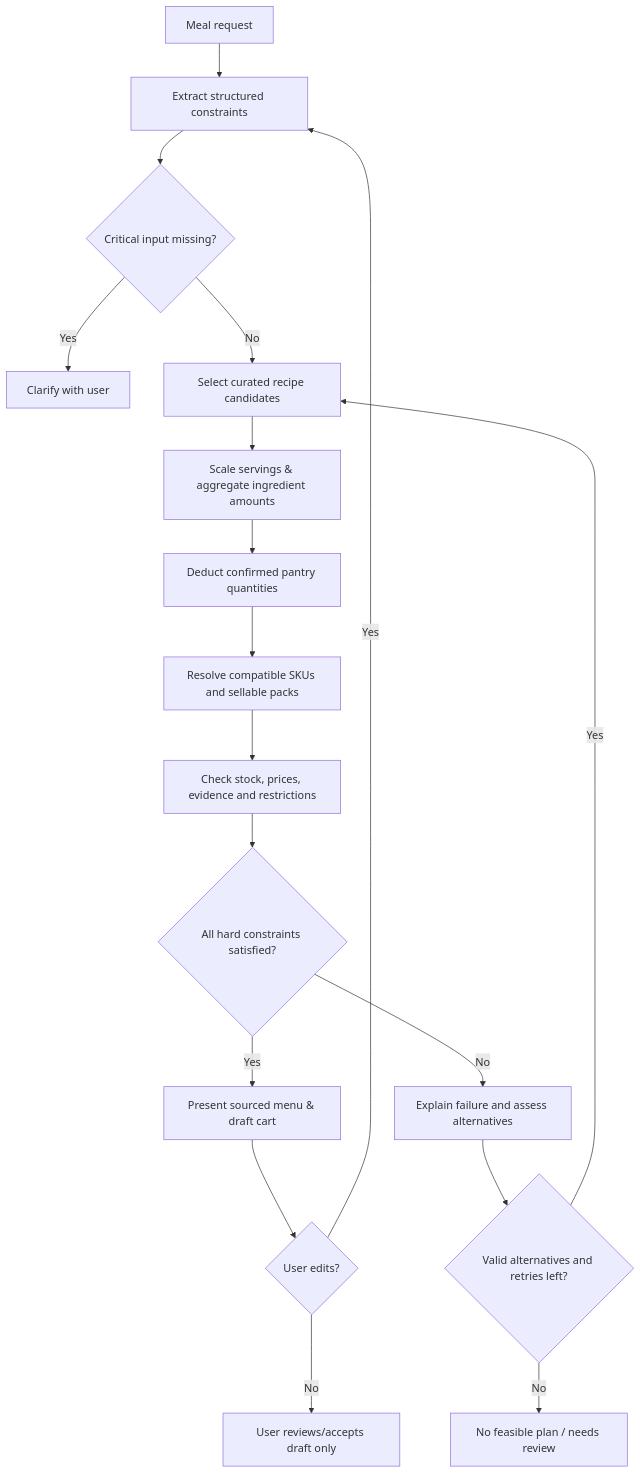
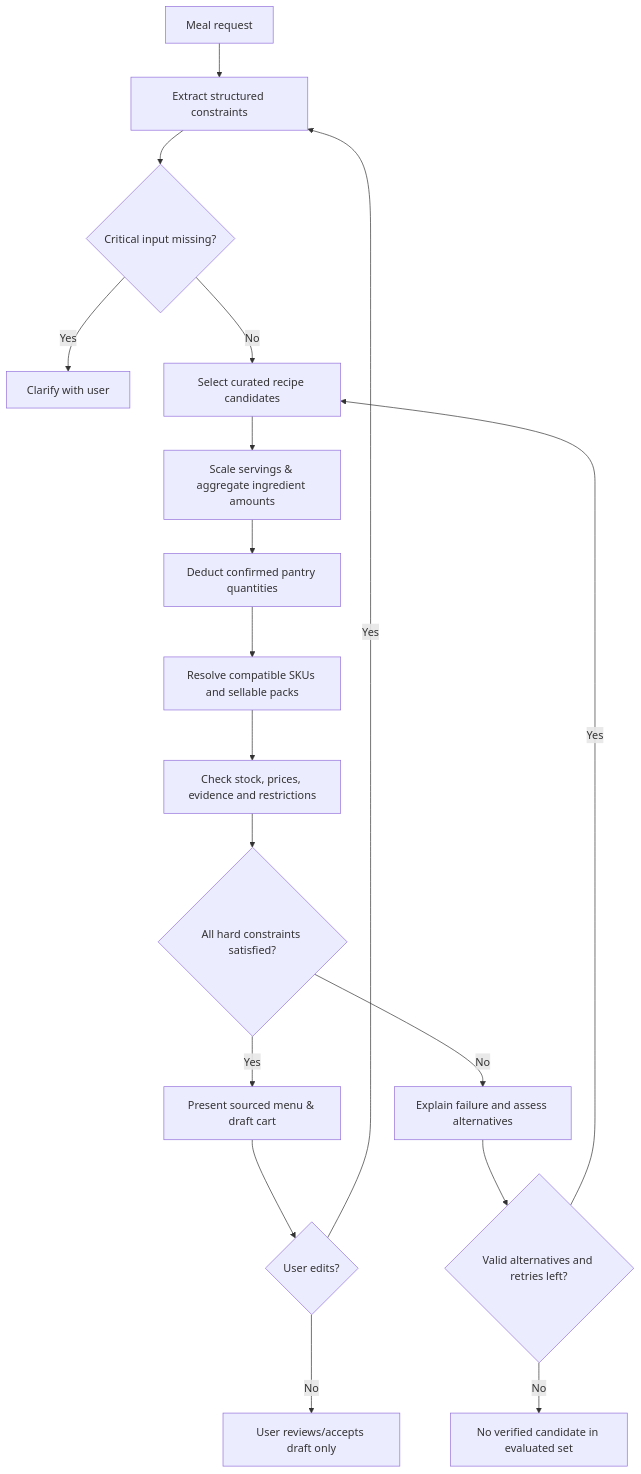
Before and after one commit to hungtvb/mealmate: the diagram in docs/superpowers/specs/2026-11-04-uc01-meal-to-cart-design.md, drawn with Mermaid. The commit also changed other lines of this file, not shown here.

Commit message:
docs: remove legacy pack field and clarify bounded-search outcome

````diff
--- a/docs/superpowers/specs/2026-11-04-uc01-meal-to-cart-design.md
+++ b/docs/superpowers/specs/2026-11-04-uc01-meal-to-cart-design.md
@@ -49,20 +49,20 @@
 ```mermaid
 flowchart TD
   A[Meal request] --> B[Extract structured constraints]
   B --> C{Critical input missing?}
   C -- Yes --> D[Clarify with user]
   C -- No --> E[Select curated recipe candidates]
   E --> F[Scale servings & aggregate ingredient amounts]
   F --> G[Deduct confirmed pantry quantities]
   G --> H[Resolve compatible SKUs and sellable packs]
   H --> I[Check stock, prices, evidence and restrictions]
   I --> J{All hard constraints satisfied?}
   J -- Yes --> K[Present sourced menu & draft cart]
   J -- No --> L[Explain failure and assess alternatives]
   L --> P{Valid alternatives and retries left?}
   P -- Yes --> E
-  P -- No --> M[No feasible plan / needs review]
+  P -- No --> M[No verified candidate in evaluated set]
   K --> N{User edits?}
   N -- Yes --> B
   N -- No --> O[User reviews/accepts draft only]
 ```
````
